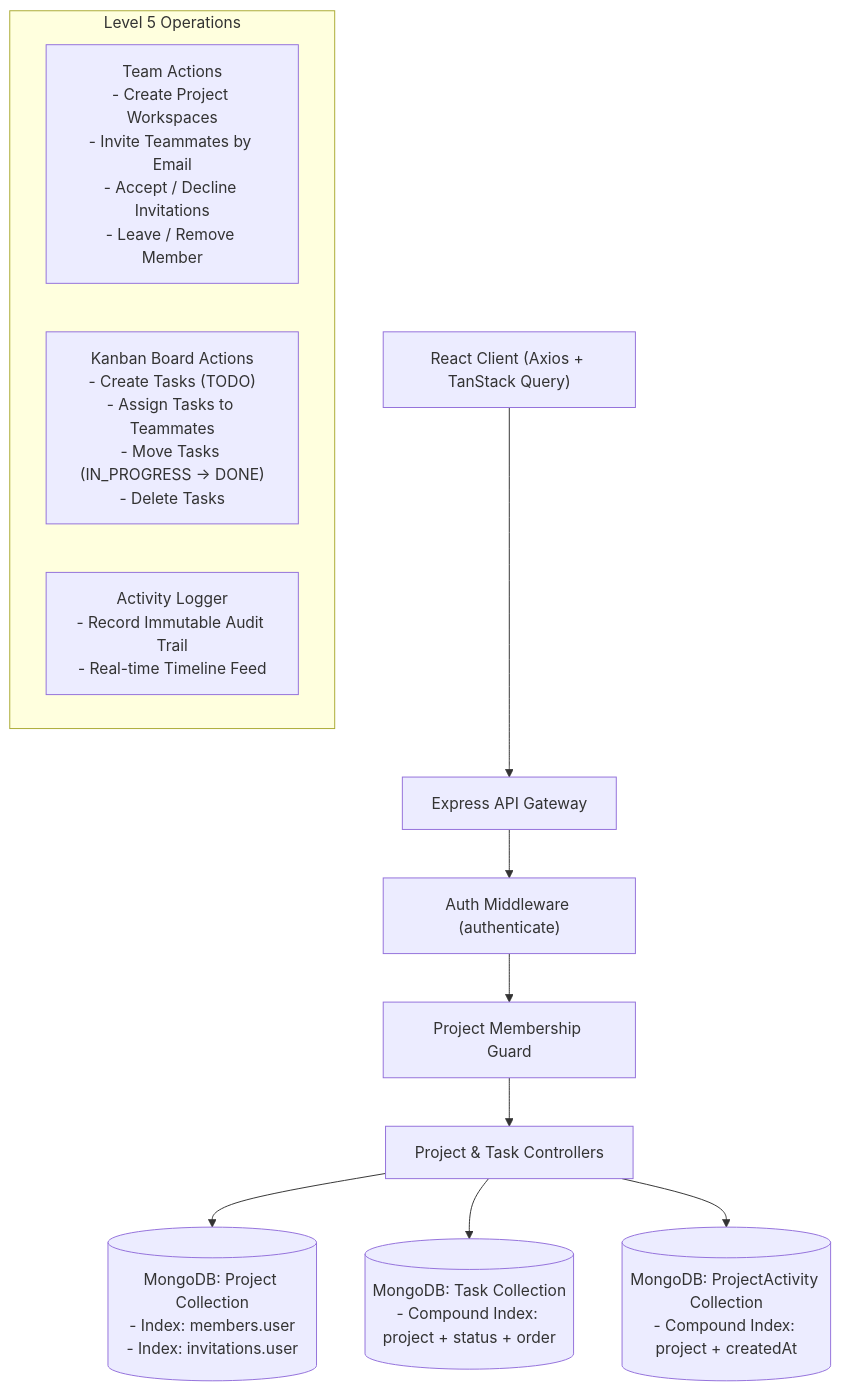
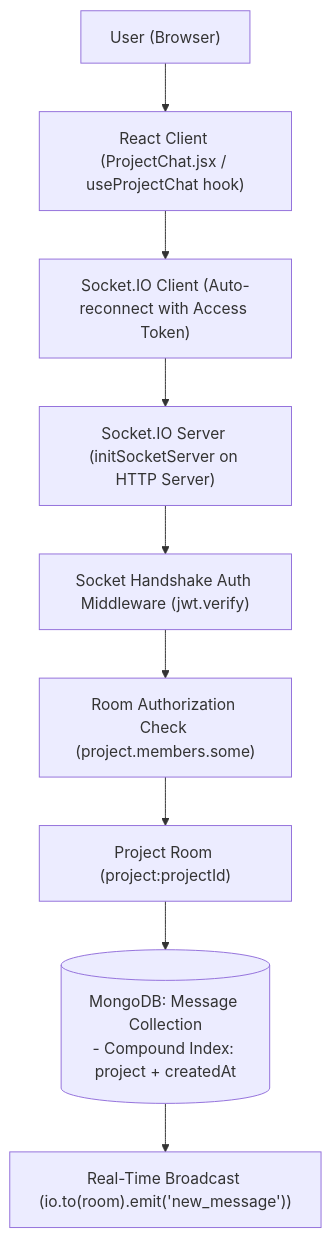
The first of 3 diagrams in docs/architecture.md (kubervaidya24-max/CAMPUSFLOW), drawn with Mermaid before and after one commit. The commit also changed other lines of this file and 18 other files, not shown here.

Commit message:
feat: add real time project chat with Socket.IO

````diff
--- a/docs/architecture.md
+++ b/docs/architecture.md
@@ -11,19 +11,15 @@
 ```mermaid
 graph TD
-    Client["React Client (Axios + TanStack Query)"] --> Gateway["Express API Gateway"]
+    User["User (Browser)"] --> ReactClient["React Client (ProjectChat.jsx / useProjectChat hook)"]
+    ReactClient --> SocketClient["Socket.IO Client (Auto-reconnect with Access Token)"]
     
-    Gateway --> AuthMiddleware["Auth Middleware (authenticate)"]
-    AuthMiddleware --> MembershipGuard["Project Membership Guard"]
+    SocketClient --> SocketServer["Socket.IO Server (initSocketServer on HTTP Server)"]
     
-    MembershipGuard --> ProjectCtrl["Project & Task Controllers"]
+    SocketServer --> HandshakeAuth["Socket Handshake Auth Middleware (jwt.verify)"]
+    HandshakeAuth --> RoomAuth["Room Authorization Check (project.members.some)"]
     
-    subgraph Operations ["Level 5 Operations"]
-        TeamOps["Team Actions<br/>- Create Project Workspaces<br/>- Invite Teammates by Email<br/>- Accept / Decline Invitations<br/>- Leave / Remove Member"]
-        KanbanOps["Kanban Board Actions<br/>- Create Tasks (TODO)<br/>- Assign Tasks to Teammates<br/>- Move Tasks (IN_PROGRESS -> DONE)<br/>- Delete Tasks"]
-        AuditOps["Activity Logger<br/>- Record Immutable Audit Trail<br/>- Real-time Timeline Feed"]
-    end
+    RoomAuth --> ProjectRoom["Project Room (project:projectId)"]
     
-    ProjectCtrl --> ProjectModel[("MongoDB: Project Collection<br/>- Index: members.user<br/>- Index: invitations.user")]
-    ProjectCtrl --> TaskModel[("MongoDB: Task Collection<br/>- Compound Index: project + status + order")]
-    ProjectCtrl --> ActivityModel[("MongoDB: ProjectActivity Collection<br/>- Compound Index: project + createdAt")]
+    ProjectRoom --> MongoSave[("MongoDB: Message Collection<br/>- Compound Index: project + createdAt")]
+    MongoSave --> Broadcast["Real-Time Broadcast (io.to(room).emit('new_message'))"]
 ```
````
